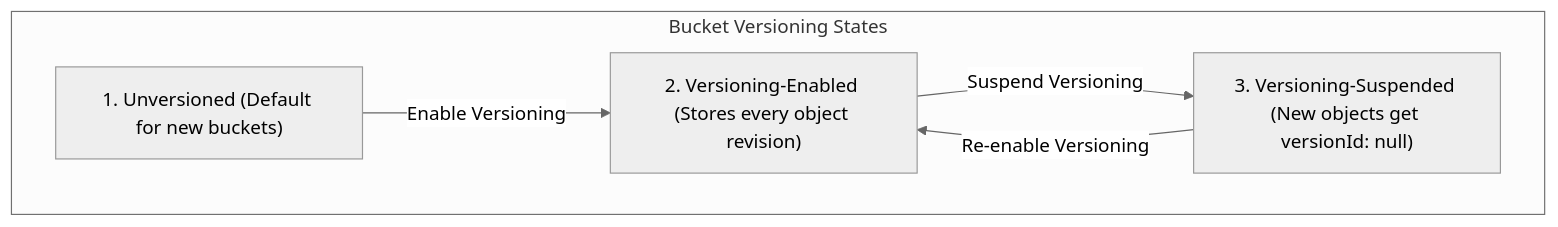
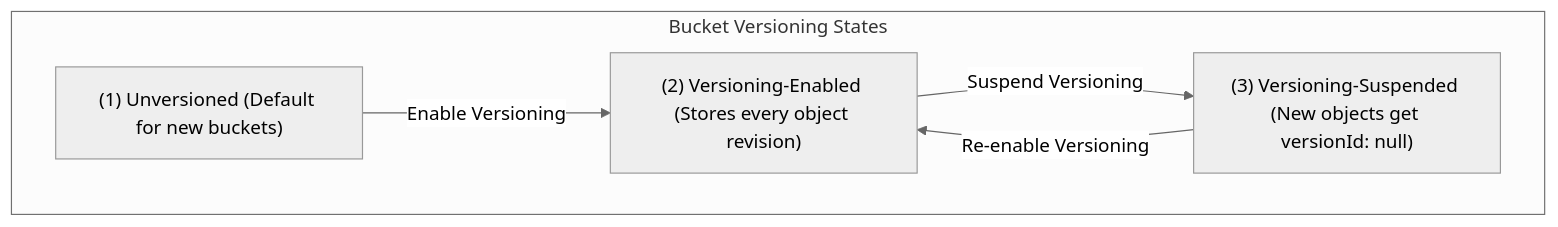
The first of 4 diagrams in content/02-services/storage/s3/s3-versioning.md (Wathon/aws-dea-c01-note), drawn with Mermaid (neutral theme) before and after one commit. The commit also changed 19 other files, not shown here.

Commit message:
fix(mermaid): resolve 'Unsupported markdown: list' rendering issues across all diagram node and edge labels

````diff
--- a/content/02-services/storage/s3/s3-versioning.md
+++ b/content/02-services/storage/s3/s3-versioning.md
@@ -31,12 +31,12 @@
 ```mermaid
 graph TD
     subgraph States["Bucket Versioning States"]
-        Unversioned["1. Unversioned (Default for new buckets)"]
-        Enabled["2. Versioning-Enabled (Stores every object revision)"]
-        Suspended["3. Versioning-Suspended (New objects get versionId: null)"]
+        Unversioned["(1) Unversioned (Default for new buckets)"]
+        Enabled["(2) Versioning-Enabled (Stores every object revision)"]
+        Suspended["(3) Versioning-Suspended (New objects get versionId: null)"]
     end
 
     Unversioned -->|Enable Versioning| Enabled
     Enabled -->|Suspend Versioning| Suspended
     Suspended -->|Re-enable Versioning| Enabled
 ```
````
